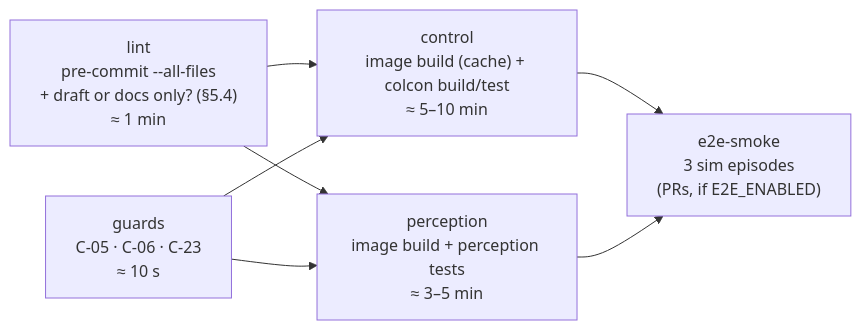
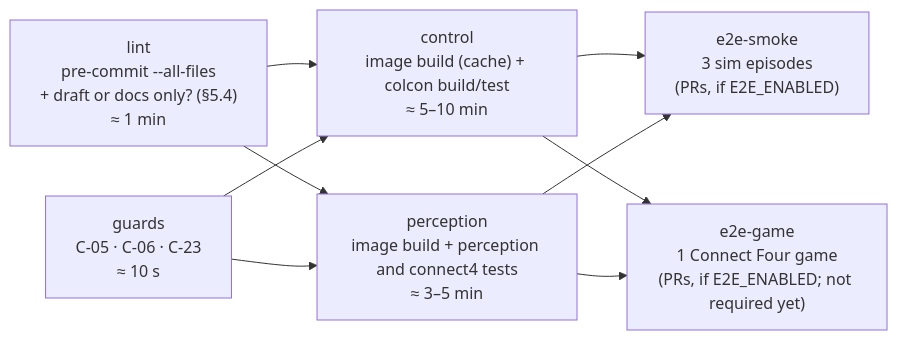
One commit to FoxaxeWasTaken/Robotics changed the second of 4 diagrams in docs/project/14_quality_pipeline_ci.md. Above: the diagram before and after it, drawn with Mermaid. The commit also changed other lines of this file and 49 other files, not shown here.

First line of the commit message:
feat(connect4): a whole game on the stack, its console, its bench and its CI job (#250)

````diff
--- a/docs/project/14_quality_pipeline_ci.md
+++ b/docs/project/14_quality_pipeline_ci.md
@@ -112,10 +114,13 @@
 ```mermaid
 flowchart LR
   A["lint<br/>pre-commit --all-files<br/>+ draft or docs only? (§5.4)<br/>≈ 1 min"] --> C
   B["guards<br/>C-05 · C-06 · C-23<br/>≈ 10 s"] --> C
   A --> P
   B --> P
   C["control<br/>image build (cache) + colcon build/test<br/>≈ 5–10 min"] --> E
-  P["perception<br/>image build + perception tests<br/>≈ 3–5 min"] --> E
+  P["perception<br/>image build + perception and connect4 tests<br/>≈ 3–5 min"] --> E
   E["e2e-smoke<br/>3 sim episodes<br/>(PRs, if E2E_ENABLED)"]
+  C --> G
+  P --> G
+  G["e2e-game<br/>1 Connect Four game<br/>(PRs, if E2E_ENABLED; not required yet)"]
 ```
````
